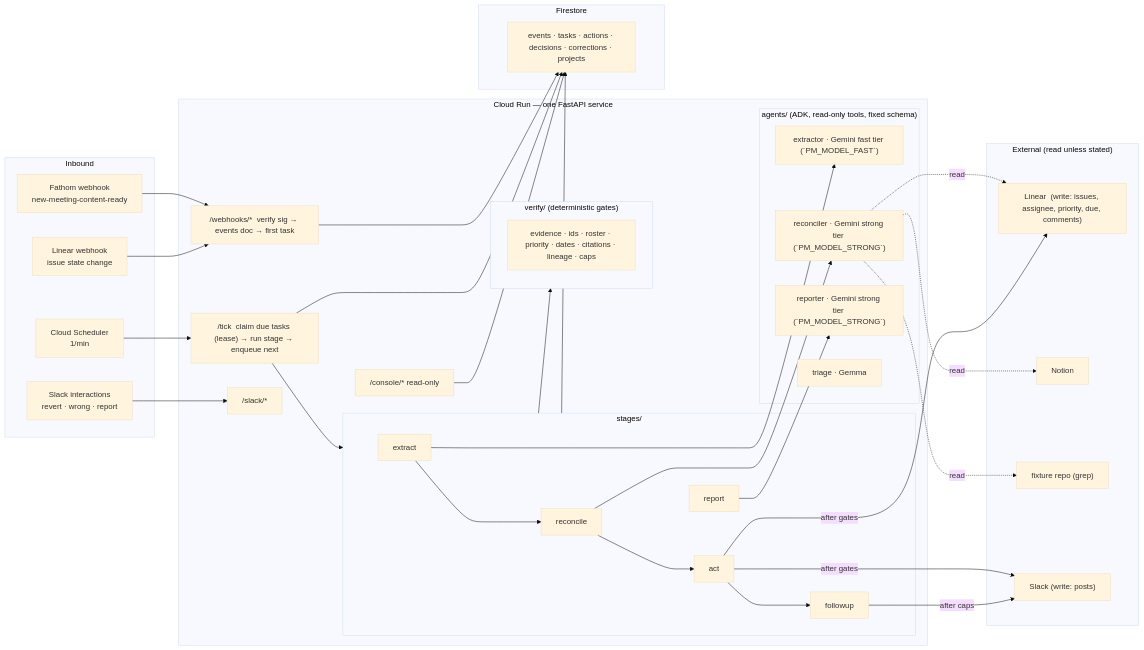
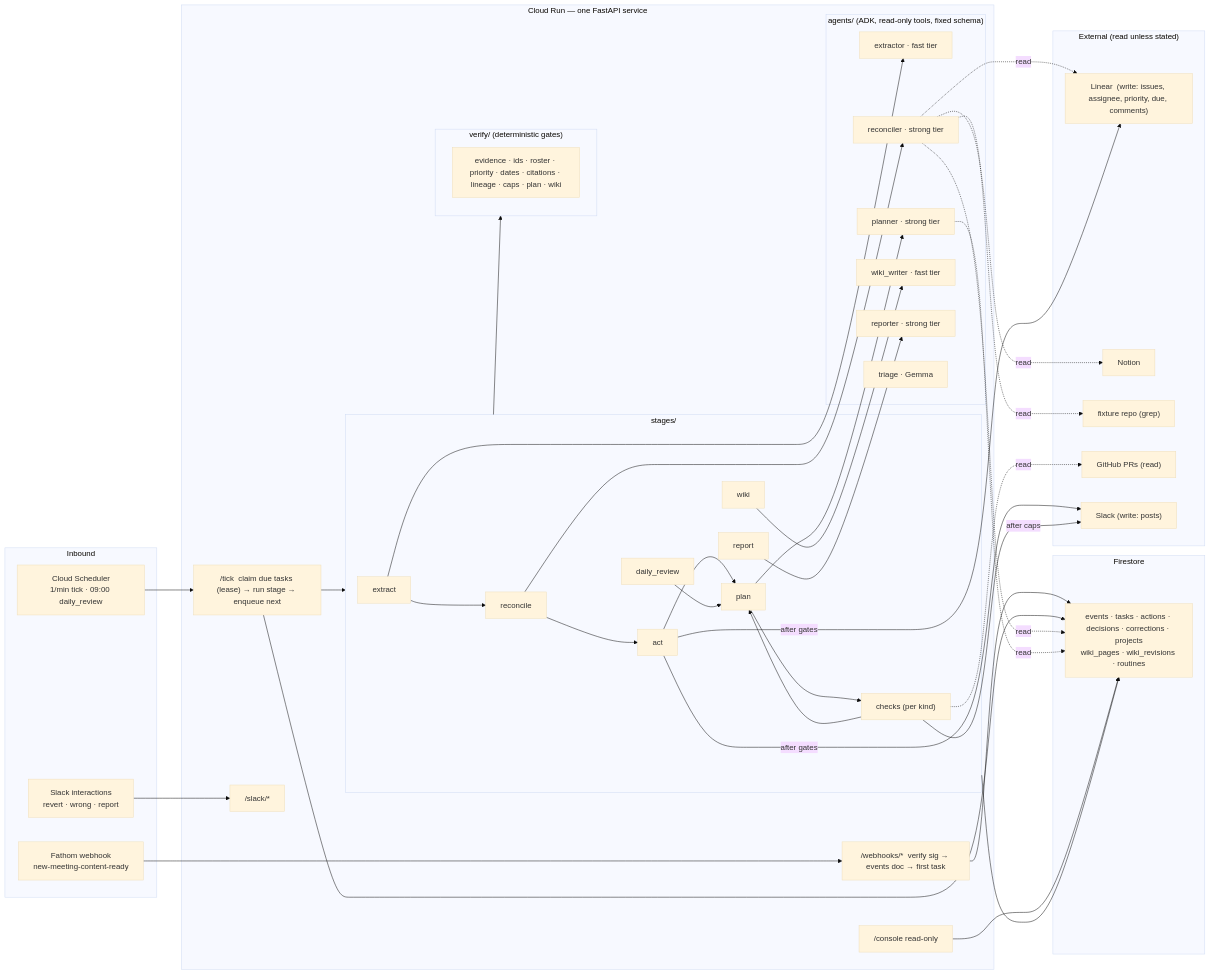
Before and after one commit to alijon30/pm-agent: the diagram in docs/superpowers/specs/2026-08-26-pm-agent-design.md, drawn with Mermaid (base theme). The commit also changed other lines of this file and 1 other file, not shown here.

Commit message:
docs: spec rev 2 (planner/task graph + company brain); Plan 1 gains task-graph queue, kinds registry and plan gate

````diff
--- a/docs/superpowers/specs/2026-08-26-pm-agent-design.md
+++ b/docs/superpowers/specs/2026-08-26-pm-agent-design.md
@@ -79,60 +96,69 @@
 ```mermaid
 flowchart LR
     subgraph inbound["Inbound"]
         F["Fathom webhook<br/>new-meeting-content-ready"]
-        L["Linear webhook<br/>issue state change"]
         S["Slack interactions<br/>revert · wrong · report"]
-        C["Cloud Scheduler<br/>1/min"]
+        C["Cloud Scheduler<br/>1/min tick · 09:00 daily_review"]
     end
 
     subgraph run["Cloud Run — one FastAPI service"]
         W["/webhooks/*  verify sig → events doc → first task"]
         T["/tick  claim due tasks (lease) → run stage → enqueue next"]
         K["/slack/*"]
-        V["/console/*  read-only"]
+        V["/console  read-only"]
         subgraph stages["stages/"]
-            E["extract"] --> R["reconcile"] --> A["act"] --> U["followup"]
-            P["report"]
+            E["extract"] --> R["reconcile"] --> A["act"] --> P["plan"]
+            P --> X["checks (per kind)"] --> P
+            D["daily_review"] --> P
+            WK["wiki"]
+            RP["report"]
         end
         subgraph agents["agents/ (ADK, read-only tools, fixed schema)"]
-            X["extractor · Gemini fast tier (`PM_MODEL_FAST`)"]
-            Y["reconciler · Gemini strong tier (`PM_MODEL_STRONG`)"]
-            Z["reporter · Gemini strong tier (`PM_MODEL_STRONG`)"]
-            G["triage · Gemma"]
+            AX["extractor · fast tier"]
+            AY["reconciler · strong tier"]
+            AP["planner · strong tier"]
+            AW["wiki_writer · fast tier"]
+            AZ["reporter · strong tier"]
+            AG["triage · Gemma"]
         end
         subgraph verify["verify/ (deterministic gates)"]
-            GA["evidence · ids · roster · priority · dates · citations · lineage · caps"]
+            GA["evidence · ids · roster · priority · dates · citations · lineage · caps · plan · wiki"]
         end
     end
 
     subgraph store["Firestore"]
-        D["events · tasks · actions · decisions · corrections · projects"]
+        DB["events · tasks · actions · decisions · corrections · projects<br/>wiki_pages · wiki_revisions · routines"]
     end
 
     subgraph ext["External (read unless stated)"]
         LN["Linear  (write: issues, assignee, priority, due, comments)"]
         NO["Notion"]
         CO["fixture repo (grep)"]
+        GH["GitHub PRs (read)"]
         SL["Slack  (write: posts)"]
     end
 
     F --> W
-    L --> W
     S --> K
     C --> T
-    W --> D
-    T --> D
+    W --> DB
+    T --> DB
     T --> stages
-    E --> X
-    R --> Y
-    P --> Z
+    E --> AX
+    R --> AY
+    P --> AP
+    WK --> AW
+    RP --> AZ
     stages --> verify
-    Y -.read.-> LN
-    Y -.read.-> NO
-    Y -.read.-> CO
+    AY -.read.-> LN
+    AY -.read.-> NO
+    AY -.read.-> CO
+    AY -.read.-> DB
+    AP -.read.-> DB
     A -->|"after gates"| LN
     A -->|"after gates"| SL
-    U -->|"after caps"| SL
-    stages --> D
-    V --> D
+    X -->|"after caps"| SL
+    X -.read.-> GH
+    stages --> DB
+    V --> DB
 ```
````
